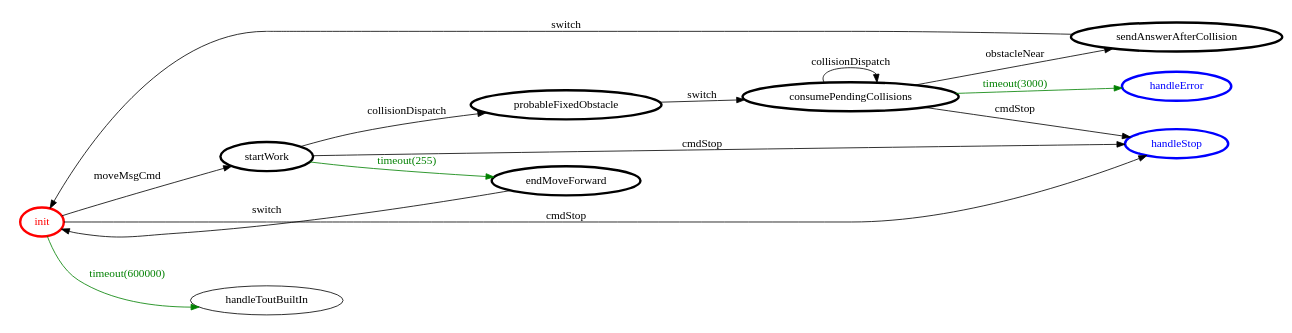
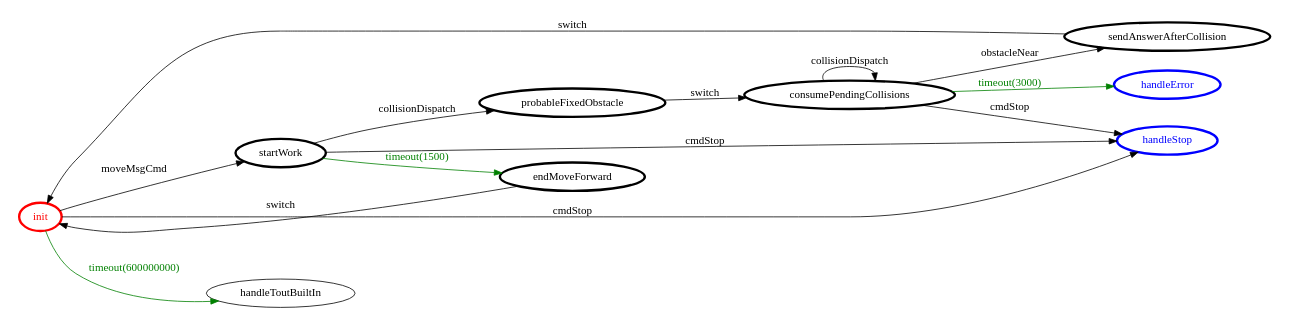
The diagram in project/srcMore/it/unibo/onecellforward/onecellforward.gv (NiccoMlt/ISS-2018-Final-Task), drawn with Graphviz before and after one commit. The commit also changed 30 other files, not shown here.

```diff
--- a/project/srcMore/it/unibo/onecellforward/onecellforward.gv
+++ b/project/srcMore/it/unibo/onecellforward/onecellforward.gv
@@ -1,34 +1,34 @@
 /*
 *
 * A GraphViz DOT FSM description 
 * Please use a GraphViz visualizer (like http://www.webgraphviz.com)
 *  
 */
 
 digraph finite_state_machine {
 	rankdir=LR
 	size="8,5"
 	
 	init [ color = red ][ fontcolor = red ][ penwidth = 3 ]
 	startWork [ color = black ][ fontcolor = black ][ penwidth = 3 ]
 	probableFixedObstacle [ color = black ][ fontcolor = black ][ penwidth = 3 ]
 	endMoveForward [ color = black ][ fontcolor = black ][ penwidth = 3 ]
 	sendAnswerAfterCollision [ color = black ][ fontcolor = black ][ penwidth = 3 ]
 	consumePendingCollisions [ color = black ][ fontcolor = black ][ penwidth = 3 ]
 	handleError [ color = blue ][ fontcolor = blue ][ penwidth = 3 ]
 	handleStop [ color = blue ][ fontcolor = blue ][ penwidth = 3 ]
 	
-	startWork -> endMoveForward [ label = "timeout(255)" ][ color = green ][ fontcolor = green ]
-	init -> handleToutBuiltIn [ label = "timeout(600000)" ][ color = green ][ fontcolor = green ]
 	startWork -> handleStop [ label = "cmdStop" ][ color = black ][ fontcolor = black ]
 	probableFixedObstacle -> consumePendingCollisions [ label = "switch" ][ color = black ][ fontcolor = black ]
 	consumePendingCollisions -> handleError [ label = "timeout(3000)" ][ color = green ][ fontcolor = green ]
 	consumePendingCollisions -> consumePendingCollisions [ label = "collisionDispatch" ][ color = black ][ fontcolor = black ]
 	consumePendingCollisions -> handleStop [ label = "cmdStop" ][ color = black ][ fontcolor = black ]
 	startWork -> probableFixedObstacle [ label = "collisionDispatch" ][ color = black ][ fontcolor = black ]
 	init -> startWork [ label = "moveMsgCmd" ][ color = black ][ fontcolor = black ]
 	endMoveForward -> init [ label = "switch" ][ color = black ][ fontcolor = black ]
 	consumePendingCollisions -> sendAnswerAfterCollision [ label = "obstacleNear" ][ color = black ][ fontcolor = black ]
 	init -> handleStop [ label = "cmdStop" ][ color = black ][ fontcolor = black ]
+	startWork -> endMoveForward [ label = "timeout(1500)" ][ color = green ][ fontcolor = green ]
+	init -> handleToutBuiltIn [ label = "timeout(600000000)" ][ color = green ][ fontcolor = green ]
 	sendAnswerAfterCollision -> init [ label = "switch" ][ color = black ][ fontcolor = black ]
 }
```
